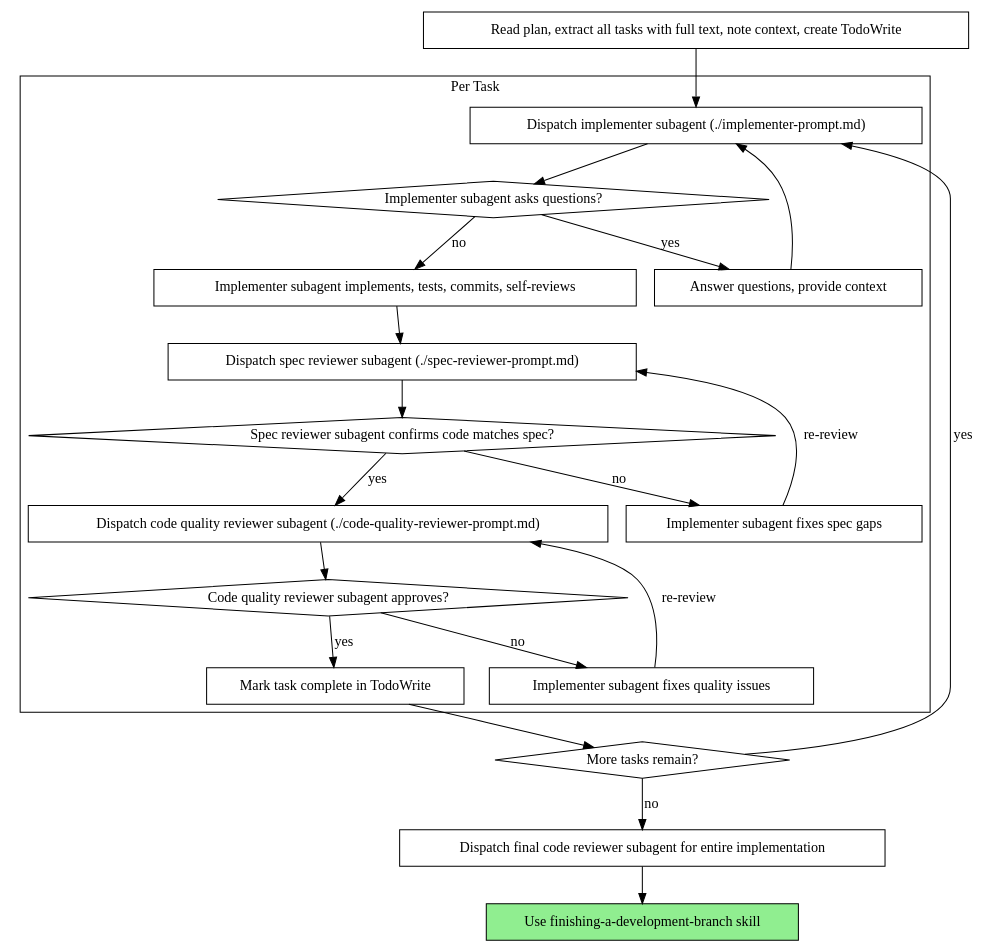
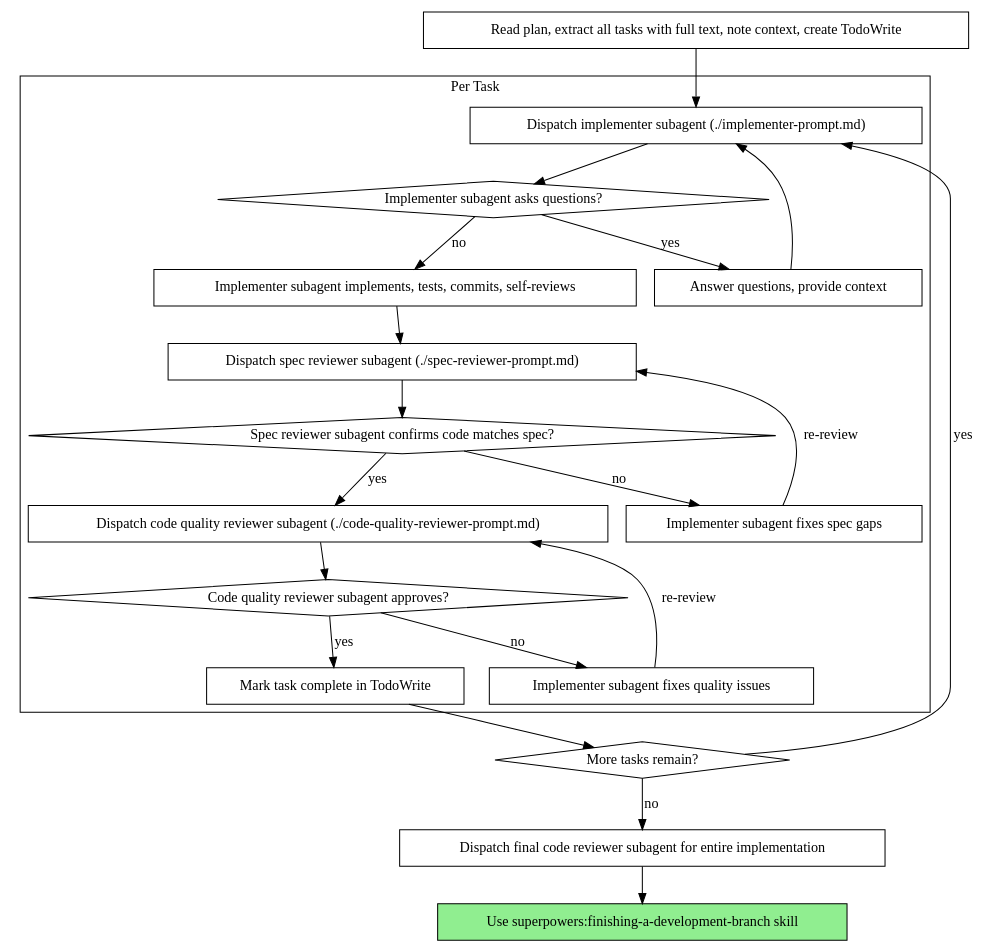
Before and after one commit to mikeastock/dotfiles: the second of 2 diagrams in dotagents/skills/subagent-driven-development/SKILL.md, drawn with Graphviz. The commit also changed other lines of this file and 18 other files, not shown here.

````diff
--- a/dotagents/skills/subagent-driven-development/SKILL.md
+++ b/dotagents/skills/subagent-driven-development/SKILL.md
@@ -40,44 +40,44 @@
 ```dot
 digraph process {
     rankdir=TB;
 
     subgraph cluster_per_task {
         label="Per Task";
         "Dispatch implementer subagent (./implementer-prompt.md)" [shape=box];
         "Implementer subagent asks questions?" [shape=diamond];
         "Answer questions, provide context" [shape=box];
         "Implementer subagent implements, tests, commits, self-reviews" [shape=box];
         "Dispatch spec reviewer subagent (./spec-reviewer-prompt.md)" [shape=box];
         "Spec reviewer subagent confirms code matches spec?" [shape=diamond];
         "Implementer subagent fixes spec gaps" [shape=box];
         "Dispatch code quality reviewer subagent (./code-quality-reviewer-prompt.md)" [shape=box];
         "Code quality reviewer subagent approves?" [shape=diamond];
         "Implementer subagent fixes quality issues" [shape=box];
         "Mark task complete in TodoWrite" [shape=box];
     }
 
     "Read plan, extract all tasks with full text, note context, create TodoWrite" [shape=box];
     "More tasks remain?" [shape=diamond];
     "Dispatch final code reviewer subagent for entire implementation" [shape=box];
-    "Use finishing-a-development-branch skill" [shape=box style=filled fillcolor=lightgreen];
+    "Use superpowers:finishing-a-development-branch skill" [shape=box style=filled fillcolor=lightgreen];
 
     "Read plan, extract all tasks with full text, note context, create TodoWrite" -> "Dispatch implementer subagent (./implementer-prompt.md)";
     "Dispatch implementer subagent (./implementer-prompt.md)" -> "Implementer subagent asks questions?";
     "Implementer subagent asks questions?" -> "Answer questions, provide context" [label="yes"];
     "Answer questions, provide context" -> "Dispatch implementer subagent (./implementer-prompt.md)";
     "Implementer subagent asks questions?" -> "Implementer subagent implements, tests, commits, self-reviews" [label="no"];
     "Implementer subagent implements, tests, commits, self-reviews" -> "Dispatch spec reviewer subagent (./spec-reviewer-prompt.md)";
     "Dispatch spec reviewer subagent (./spec-reviewer-prompt.md)" -> "Spec reviewer subagent confirms code matches spec?";
     "Spec reviewer subagent confirms code matches spec?" -> "Implementer subagent fixes spec gaps" [label="no"];
     "Implementer subagent fixes spec gaps" -> "Dispatch spec reviewer subagent (./spec-reviewer-prompt.md)" [label="re-review"];
     "Spec reviewer subagent confirms code matches spec?" -> "Dispatch code quality reviewer subagent (./code-quality-reviewer-prompt.md)" [label="yes"];
     "Dispatch code quality reviewer subagent (./code-quality-reviewer-prompt.md)" -> "Code quality reviewer subagent approves?";
     "Code quality reviewer subagent approves?" -> "Implementer subagent fixes quality issues" [label="no"];
     "Implementer subagent fixes quality issues" -> "Dispatch code quality reviewer subagent (./code-quality-reviewer-prompt.md)" [label="re-review"];
     "Code quality reviewer subagent approves?" -> "Mark task complete in TodoWrite" [label="yes"];
     "Mark task complete in TodoWrite" -> "More tasks remain?";
     "More tasks remain?" -> "Dispatch implementer subagent (./implementer-prompt.md)" [label="yes"];
     "More tasks remain?" -> "Dispatch final code reviewer subagent for entire implementation" [label="no"];
-    "Dispatch final code reviewer subagent for entire implementation" -> "Use finishing-a-development-branch skill";
+    "Dispatch final code reviewer subagent for entire implementation" -> "Use superpowers:finishing-a-development-branch skill";
 }
 ```
````
